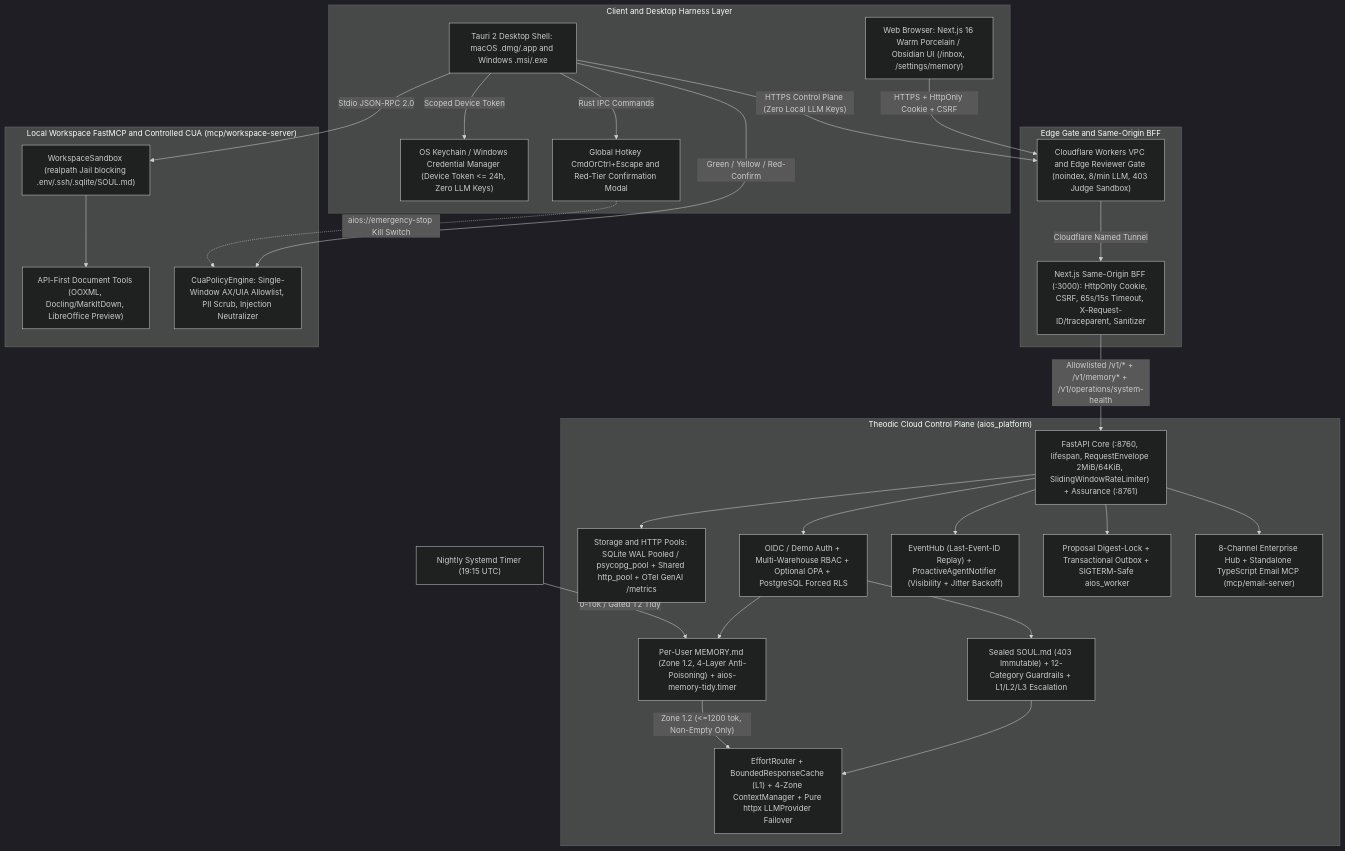
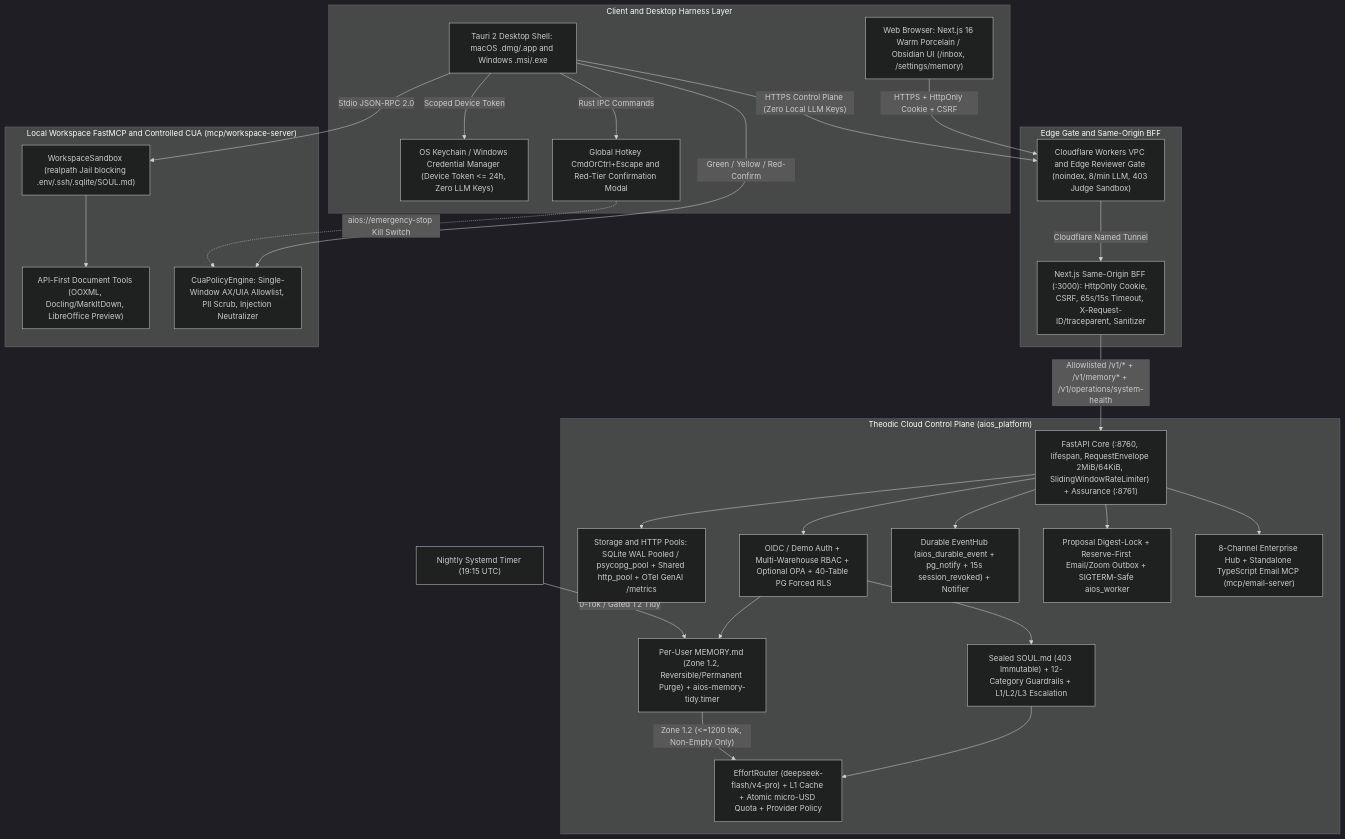
One commit to Doooo4love/sme-aios-demo changed the first of 4 diagrams in README.md. Above: the diagram before and after it, drawn with Mermaid (dark theme). The commit also changed other lines of this file and 61 other files, not shown here.

Commit message:
feat(platform,web,ci,docs): enterprise 0013 RLS/outbox/FinOps hardening, Opus UI/motion polish, Gate 7 eval & README sync

````diff
--- a/README.md
+++ b/README.md
@@ -61,53 +62,53 @@
 ```mermaid
 flowchart TB
     subgraph CLIENT_LAYER ["Client and Desktop Harness Layer"]
         WEB["Web Browser: Next.js 16 Warm Porcelain / Obsidian UI (/inbox, /settings/memory)"]
         DESK["Tauri 2 Desktop Shell: macOS .dmg/.app and Windows .msi/.exe"]
         KEYCHAIN["OS Keychain / Windows Credential Manager (Device Token <= 24h, Zero LLM Keys)"]
         ESTOP["Global Hotkey CmdOrCtrl+Escape and Red-Tier Confirmation Modal"]
     end
 
     subgraph EDGE_BFF ["Edge Gate and Same-Origin BFF"]
         CF["Cloudflare Workers VPC and Edge Reviewer Gate (noindex, 8/min LLM, 403 Judge Sandbox)"]
         BFF["Next.js Same-Origin BFF (:3000): HttpOnly Cookie, CSRF, 65s/15s Timeout, X-Request-ID/traceparent, Sanitizer"]
     end
 
     subgraph CLOUD_CORE ["Theodic Cloud Control Plane (aios_platform)"]
         API["FastAPI Core (:8760, lifespan, RequestEnvelope 2MiB/64KiB, SlidingWindowRateLimiter) + Assurance (:8761)"]
         POOL["Storage and HTTP Pools: SQLite WAL Pooled / psycopg_pool + Shared http_pool + OTel GenAI /metrics"]
-        RBAC["OIDC / Demo Auth + Multi-Warehouse RBAC + Optional OPA + PostgreSQL Forced RLS"]
+        RBAC["OIDC / Demo Auth + Multi-Warehouse RBAC + Optional OPA + 40-Table PG Forced RLS"]
         GOV["Sealed SOUL.md (403 Immutable) + 12-Category Guardrails + L1/L2/L3 Escalation"]
-        MEM["Per-User MEMORY.md (Zone 1.2, 4-Layer Anti-Poisoning) + aios-memory-tidy.timer"]
-        ROUTER["EffortRouter + BoundedResponseCache (L1) + 4-Zone ContextManager + Pure httpx LLMProvider Failover"]
-        SSE["EventHub (Last-Event-ID Replay) + ProactiveAgentNotifier (Visibility + Jitter Backoff)"]
-        OUTBOX["Proposal Digest-Lock + Transactional Outbox + SIGTERM-Safe aios_worker"]
+        MEM["Per-User MEMORY.md (Zone 1.2, Reversible/Permanent Purge) + aios-memory-tidy.timer"]
+        ROUTER["EffortRouter (deepseek-flash/v4-pro) + L1 Cache + Atomic micro-USD Quota + Provider Policy"]
+        SSE["Durable EventHub (aios_durable_event + pg_notify + 15s session_revoked) + Notifier"]
+        OUTBOX["Proposal Digest-Lock + Reserve-First Email/Zoom Outbox + SIGTERM-Safe aios_worker"]
         CHHUB["8-Channel Enterprise Hub + Standalone TypeScript Email MCP (mcp/email-server)"]
     end
 
     subgraph LOCAL_MCP ["Local Workspace FastMCP and Controlled CUA (mcp/workspace-server)"]
         SANDBOX["WorkspaceSandbox (realpath Jail blocking .env/.ssh/.sqlite/SOUL.md)"]
         DOCTOOLS["API-First Document Tools (OOXML, Docling/MarkItDown, LibreOffice Preview)"]
         CUAGUARD["CuaPolicyEngine: Single-Window AX/UIA Allowlist, PII Scrub, Injection Neutralizer"]
     end
 
     WEB -->|"HTTPS + HttpOnly Cookie + CSRF"| CF
     DESK -->|"Scoped Device Token"| KEYCHAIN
     DESK -->|"Rust IPC Commands"| ESTOP
     DESK -->|"HTTPS Control Plane (Zero Local LLM Keys)"| CF
     CF -->|"Cloudflare Named Tunnel"| BFF
     BFF -->|"Allowlisted /v1/* + /v1/memory* + /v1/operations/system-health"| API
     API --> POOL
     API --> RBAC
     RBAC --> GOV
     RBAC --> MEM
     GOV --> ROUTER
     MEM -->|"Zone 1.2 (<=1200 tok, Non-Empty Only)"| ROUTER
     TIDY["Nightly Systemd Timer (19:15 UTC)"] -->|"0-Tok / Gated T2 Tidy"| MEM
     API --> SSE
     API --> OUTBOX
     API --> CHHUB
     DESK -->|"Stdio JSON-RPC 2.0"| SANDBOX
     SANDBOX --> DOCTOOLS
     DESK -->|"Green / Yellow / Red-Confirm"| CUAGUARD
     ESTOP -.->|"aios://emergency-stop Kill Switch"| CUAGUARD
 ```
````
